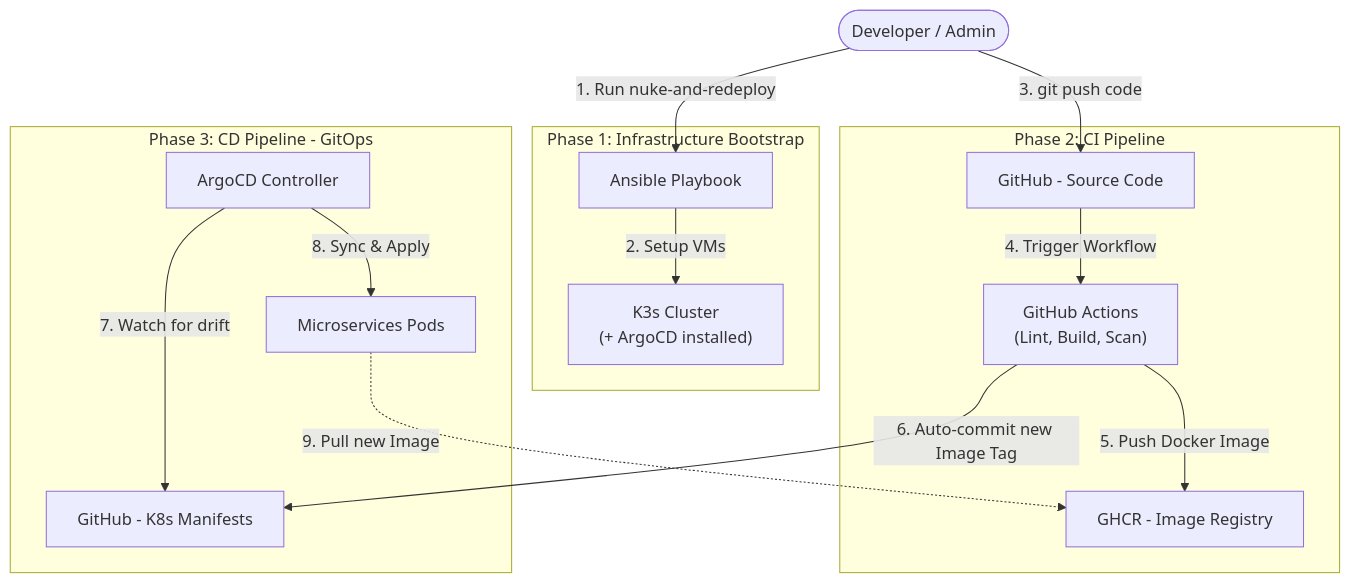
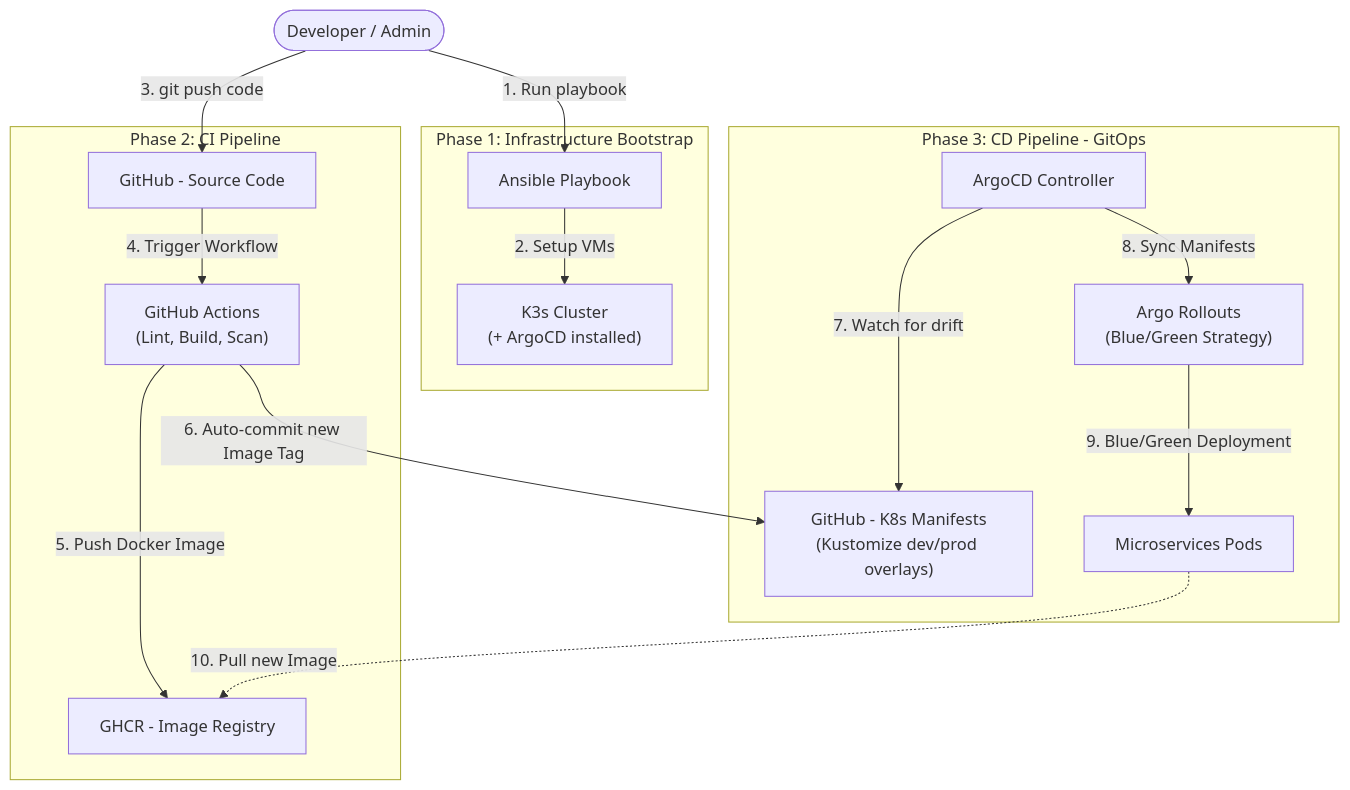
One commit to hmdat-1706/proactive-scaling-microservices changed the third of 3 diagrams in README.md. Above: the diagram before and after it, drawn with Mermaid. The commit also changed other lines of this file and 7 other files, not shown here.

````diff
--- a/README.md
+++ b/README.md
@@ -218,34 +184,36 @@
 ```mermaid
 graph TD
     Dev(["Developer / Admin"])
 
     subgraph INFRA ["Phase 1: Infrastructure Bootstrap"]
         Ansible["Ansible Playbook"]
         K3s["K3s Cluster\n(+ ArgoCD installed)"]
     end
 
     subgraph CI ["Phase 2: CI Pipeline"]
         Code["GitHub - Source Code"]
         GHA["GitHub Actions\n(Lint, Build, Scan)"]
         GHCR["GHCR - Image Registry"]
     end
 
     subgraph CD ["Phase 3: CD Pipeline - GitOps"]
-        Manifests["GitHub - K8s Manifests"]
+        Manifests["GitHub - K8s Manifests\n(Kustomize dev/prod overlays)"]
         Argo["ArgoCD Controller"]
+        Rollouts["Argo Rollouts\n(Blue/Green Strategy)"]
         Pods["Microservices Pods"]
     end
 
     %% Flow connections
-    Dev -->|"1. Run nuke-and-redeploy"| Ansible
+    Dev -->|"1. Run playbook"| Ansible
     Ansible -->|"2. Setup VMs"| K3s
 
     Dev -->|"3. git push code"| Code
     Code -->|"4. Trigger Workflow"| GHA
     GHA -->|"5. Push Docker Image"| GHCR
     GHA -->|"6. Auto-commit new Image Tag"| Manifests
 
     Argo -->|"7. Watch for drift"| Manifests
-    Argo -->|"8. Sync & Apply"| Pods
-    Pods -.->|"9. Pull new Image"| GHCR
+    Argo -->|"8. Sync Manifests"| Rollouts
+    Rollouts -->|"9. Blue/Green Deployment"| Pods
+    Pods -.->|"10. Pull new Image"| GHCR
 ```
````
